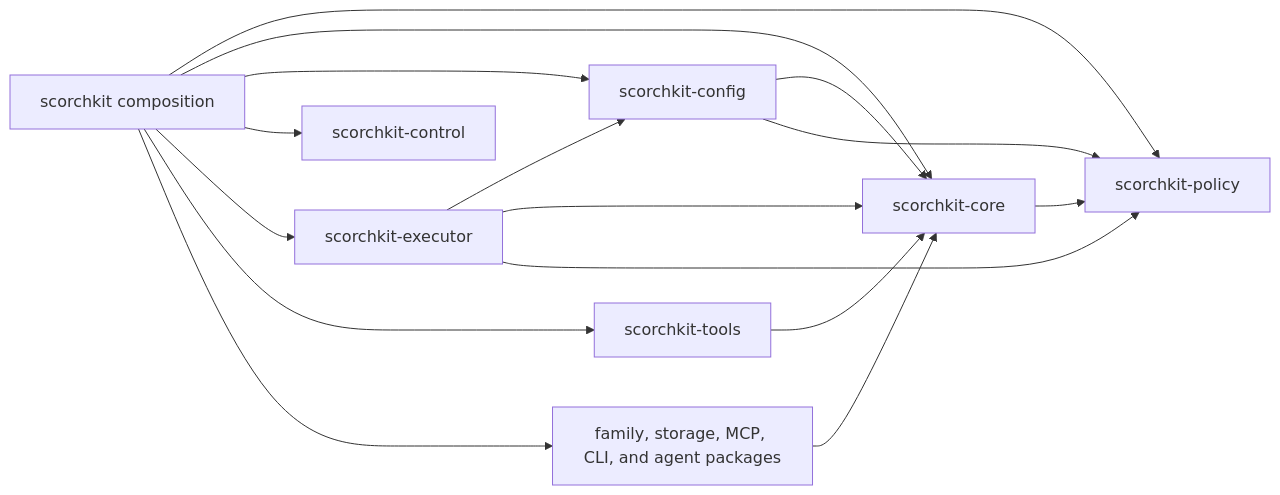
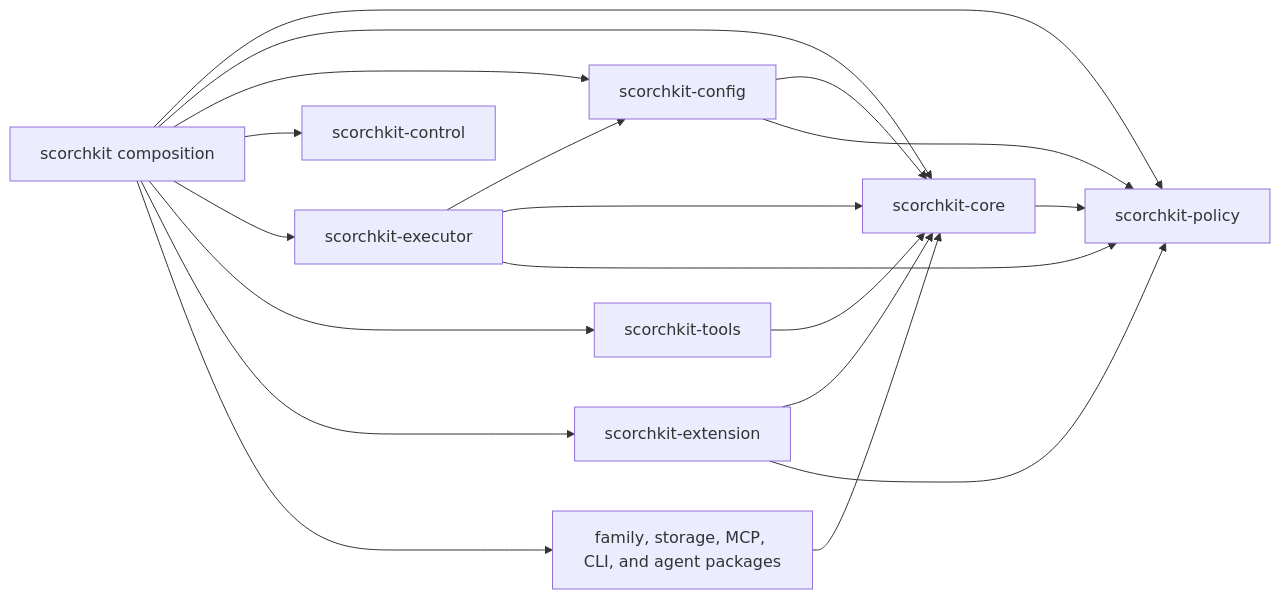
Before and after one commit to Ignibyte/scorchkit: the diagram in docs/architecture/workspace.md, drawn with Mermaid. The commit also changed other lines of this file and 55 other files, not shown here.

````diff
--- a/docs/architecture/workspace.md
+++ b/docs/architecture/workspace.md
@@ -36,18 +37,21 @@
 ```mermaid
 flowchart LR
     ROOT["scorchkit composition"] --> POLICY["scorchkit-policy"]
     ROOT --> CORE["scorchkit-core"]
     ROOT --> CONFIG["scorchkit-config"]
     ROOT --> CONTROL["scorchkit-control"]
     ROOT --> EXECUTOR["scorchkit-executor"]
     ROOT --> TOOLS["scorchkit-tools"]
+    ROOT --> EXTENSION["scorchkit-extension"]
     ROOT --> LEAVES["family, storage, MCP, CLI, and agent packages"]
     CORE --> POLICY
     CONFIG --> CORE
     CONFIG --> POLICY
     EXECUTOR --> CONFIG
     EXECUTOR --> CORE
     EXECUTOR --> POLICY
     TOOLS --> CORE
+    EXTENSION --> CORE
+    EXTENSION --> POLICY
     LEAVES --> CORE
 ```
````
